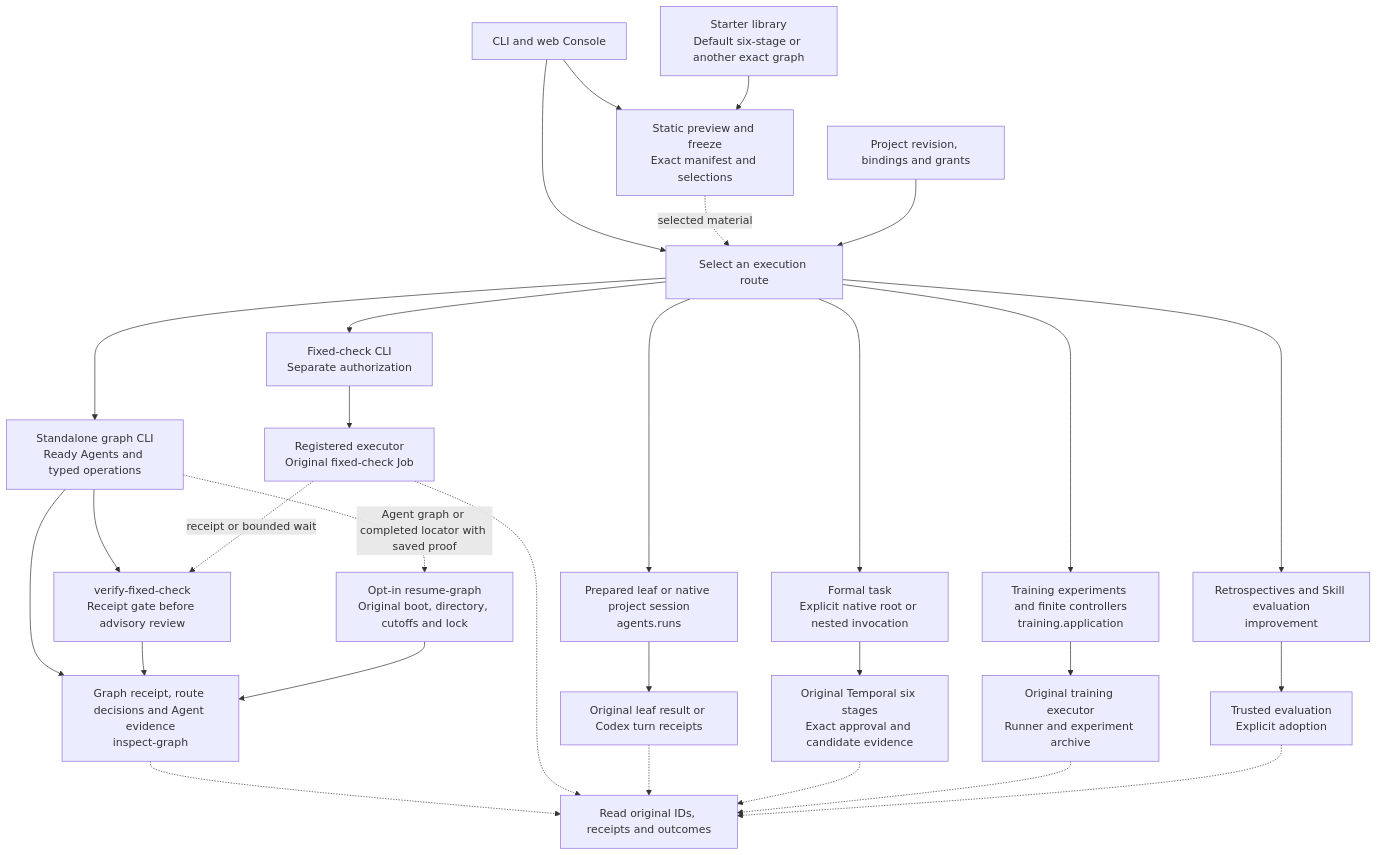
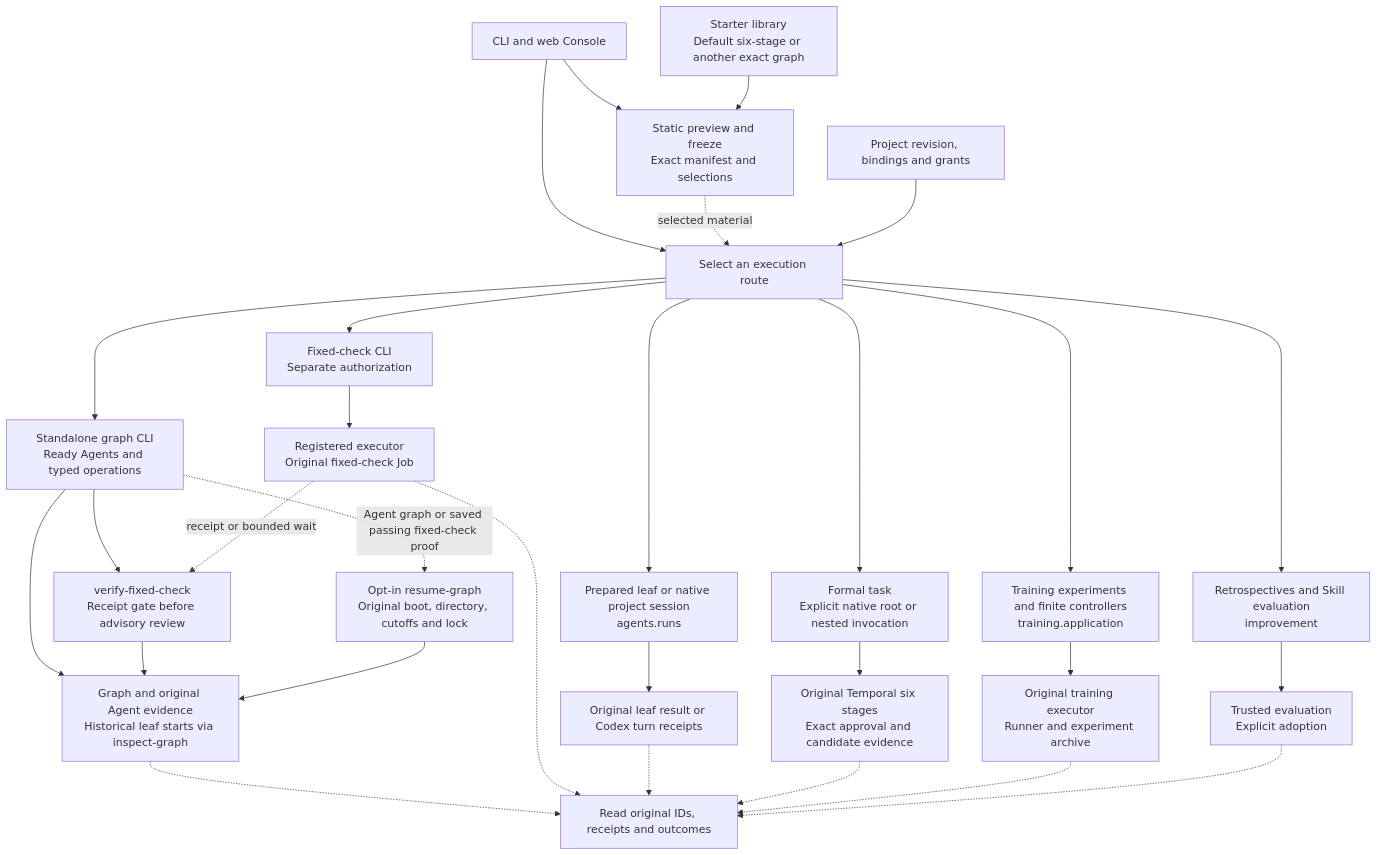
The diagram in docs/architecture/framework-tour.md (626619403/Ergora), drawn with Mermaid before and after one commit. The commit also changed other lines of this file, not shown here.

Commit message:
Map standalone graph recovery and historical child startup

````diff
--- a/docs/architecture/framework-tour.md
+++ b/docs/architecture/framework-tour.md
@@ -13,34 +13,34 @@
 ```mermaid
 flowchart TB
   Entry["CLI and web Console"] --> Select["Select an execution route"]
   Entry --> Freeze["Static preview and freeze<br/>Exact manifest and selections"]
   Assets["Starter library<br/>Default six-stage or another exact graph"] --> Freeze
   Freeze -. "selected material" .-> Select
   Config["Project revision, bindings and grants"] --> Select
 
   Select --> Check["Fixed-check CLI<br/>Separate authorization"]
   Select --> Graph["Standalone graph CLI<br/>Ready Agents and typed operations"]
   Select --> Session["Prepared leaf or native project session<br/>agents.runs"]
   Select --> Dev["Formal task<br/>Explicit native root or nested invocation"]
   Select --> Train["Training experiments and finite controllers<br/>training.application"]
   Select --> Improve["Retrospectives and Skill evaluation<br/>improvement"]
 
   Check --> CheckJob["Registered executor<br/>Original fixed-check Job"]
-  Graph --> GraphProof["Graph receipt, route decisions and Agent evidence<br/>inspect-graph"]
+  Graph --> GraphProof["Graph and original Agent evidence<br/>Historical leaf starts via inspect-graph"]
   Graph --> Gate["verify-fixed-check<br/>Receipt gate before advisory review"]
   CheckJob -. "receipt or bounded wait" .-> Gate
   Gate --> GraphProof
-  Graph -. "Agent graph or completed locator with saved proof" .-> Resume["Opt-in resume-graph<br/>Original boot, directory, cutoffs and lock"]
+  Graph -. "Agent graph or saved passing fixed-check proof" .-> Resume["Opt-in resume-graph<br/>Original boot, directory, cutoffs and lock"]
   Resume --> GraphProof
   Session --> Turn["Original leaf result or Codex turn receipts"]
   Dev --> Six["Original Temporal six stages<br/>Exact approval and candidate evidence"]
   Train --> Runner["Original training executor<br/>Runner and experiment archive"]
   Improve --> Eval["Trusted evaluation<br/>Explicit adoption"]
 
   GraphProof -.-> Recover["Read original IDs, receipts and outcomes"]
   CheckJob -.-> Recover
   Turn -.-> Recover
   Six -.-> Recover
   Runner -.-> Recover
   Eval -.-> Recover
 ```
````
